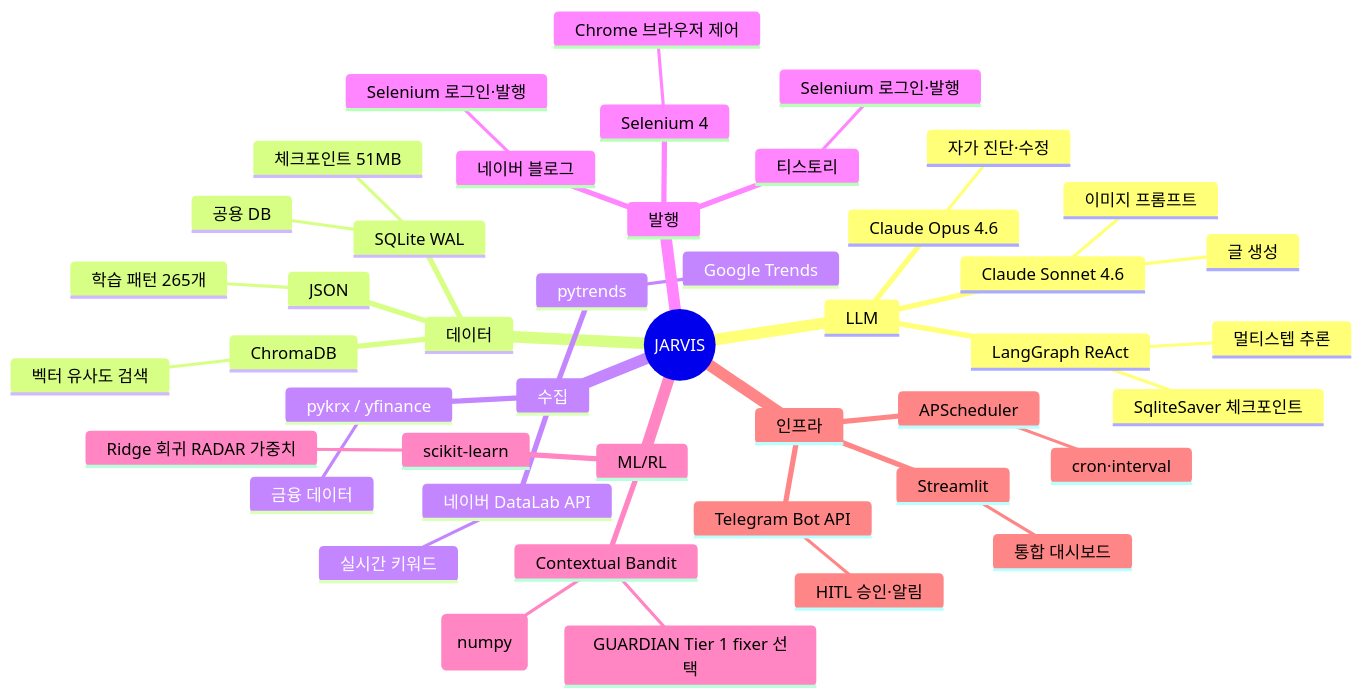
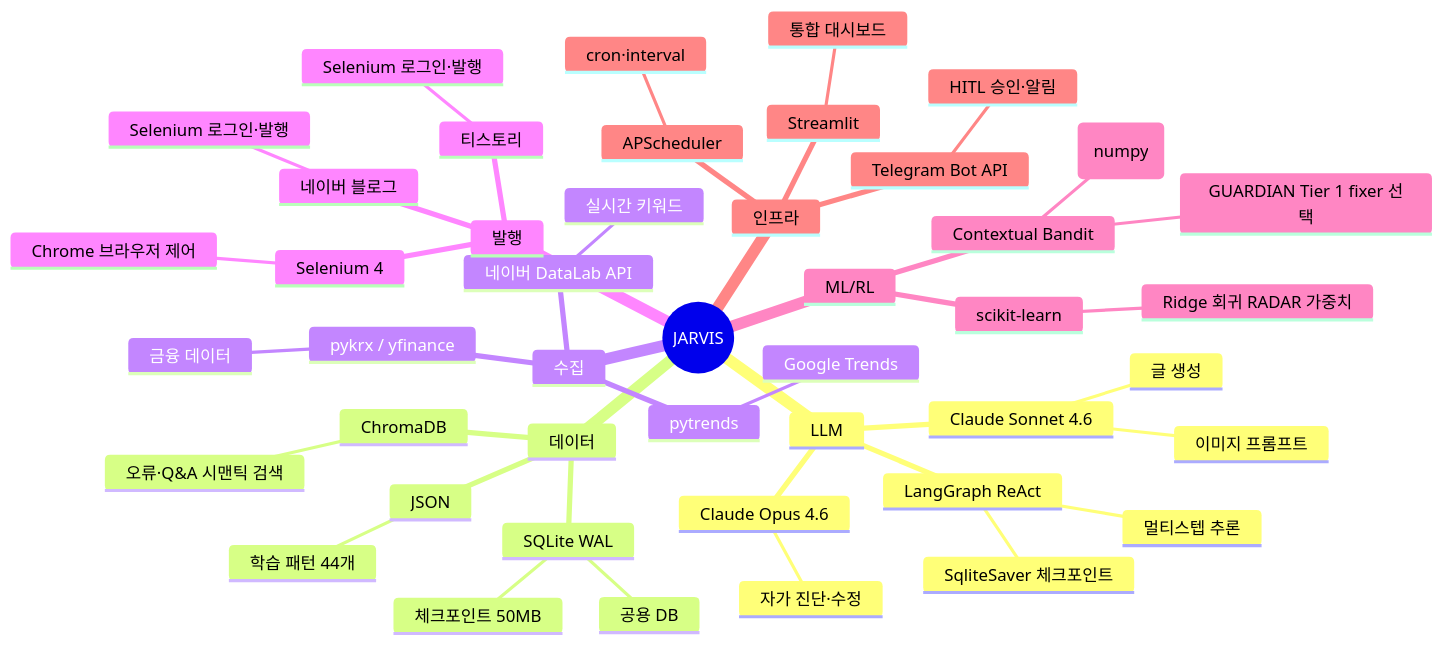
Before and after one commit to youandi3535/jarvis-agent: the sixth of 6 diagrams in RESULTS.md, drawn with Mermaid. The commit also changed other lines of this file and 1 other file, not shown here.

````diff
--- a/RESULTS.md
+++ b/RESULTS.md
@@ -231,48 +231,48 @@
 ```mermaid
 mindmap
   root((JARVIS))
     LLM
       Claude Sonnet 4.6
         글 생성
         이미지 프롬프트
       Claude Opus 4.6
         자가 진단·수정
       LangGraph ReAct
         멀티스텝 추론
         SqliteSaver 체크포인트
     데이터
       SQLite WAL
         공용 DB
-        체크포인트 51MB
+        체크포인트 50MB
       ChromaDB
-        벡터 유사도 검색
+        오류·Q&A 시맨틱 검색
       JSON
-        학습 패턴 265개
+        학습 패턴 44개
     수집
       pytrends
         Google Trends
       네이버 DataLab API
         실시간 키워드
       pykrx / yfinance
         금융 데이터
     발행
       Selenium 4
         Chrome 브라우저 제어
       네이버 블로그
         Selenium 로그인·발행
       티스토리
         Selenium 로그인·발행
     ML/RL
       Contextual Bandit
         Linear UCB (numpy)
         GUARDIAN Tier 1 fixer 선택
       scikit-learn
         Ridge 회귀 RADAR 가중치
     인프라
       APScheduler
         cron·interval
       Streamlit
         통합 대시보드
       Telegram Bot API
         HITL 승인·알림
 ```
````
